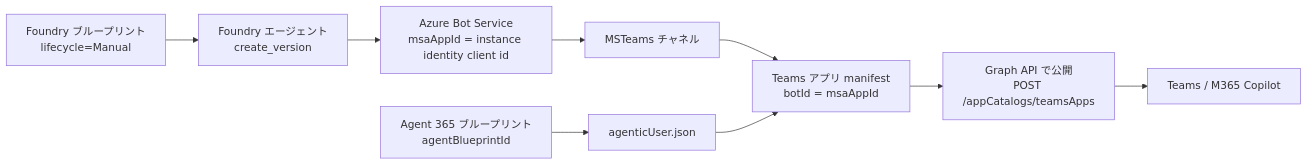
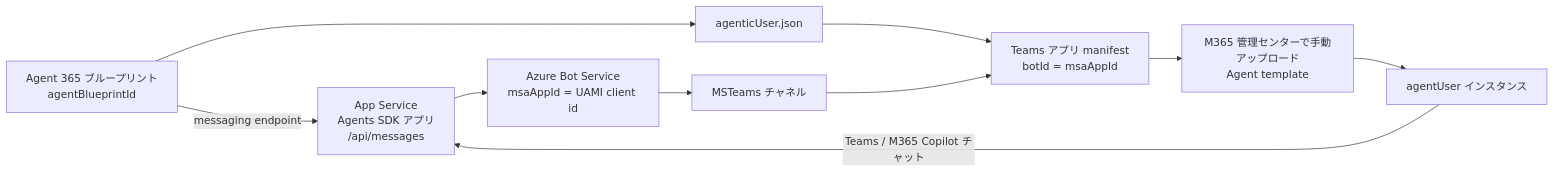
The first of 2 diagrams in .github/skills/agent365/references/architecture.md (geekfujiwara/CodeAppsDevelopmentStandard), drawn with Mermaid before and after one commit. The commit also changed other lines of this file and 4 other files, not shown here.

Commit message:
Update agent365 self-hosted normal flow

````diff
--- a/.github/skills/agent365/references/architecture.md
+++ b/.github/skills/agent365/references/architecture.md
@@ -58,11 +58,12 @@
 ```mermaid
 flowchart LR
-    A["Foundry ブループリント<br/>lifecycle=Manual"] --> B["Foundry エージェント<br/>create_version"]
-    B --> C["Azure Bot Service<br/>msaAppId = instance identity client id"]
-    C --> D["MSTeams チャネル"]
+    S["App Service<br/>Agents SDK アプリ<br/>/api/messages"] --> B["Azure Bot Service<br/>msaAppId = UAMI client id"]
+    B --> D["MSTeams チャネル"]
     D --> E["Teams アプリ manifest<br/>botId = msaAppId"]
     F["Agent 365 ブループリント<br/>agentBlueprintId"] --> G["agenticUser.json"]
+    F -->|messaging endpoint| S
     G --> E
-    E --> H["Graph API で公開<br/>POST /appCatalogs/teamsApps"]
-    H --> I["Teams / M365 Copilot"]
+    E --> H["M365 管理センターで手動アップロード<br/>Agent template"]
+    H --> I["agentUser インスタンス"]
+    I -->|Teams / M365 Copilot チャット| S
 ```
````
